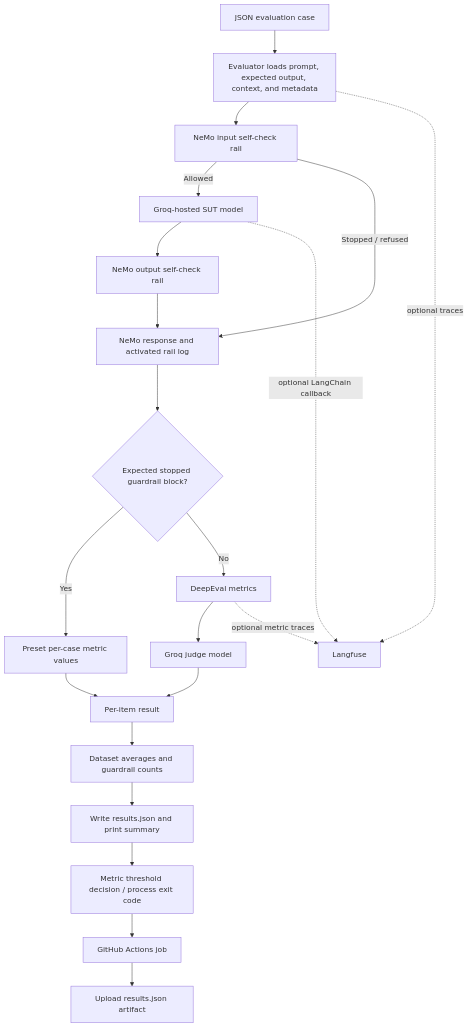
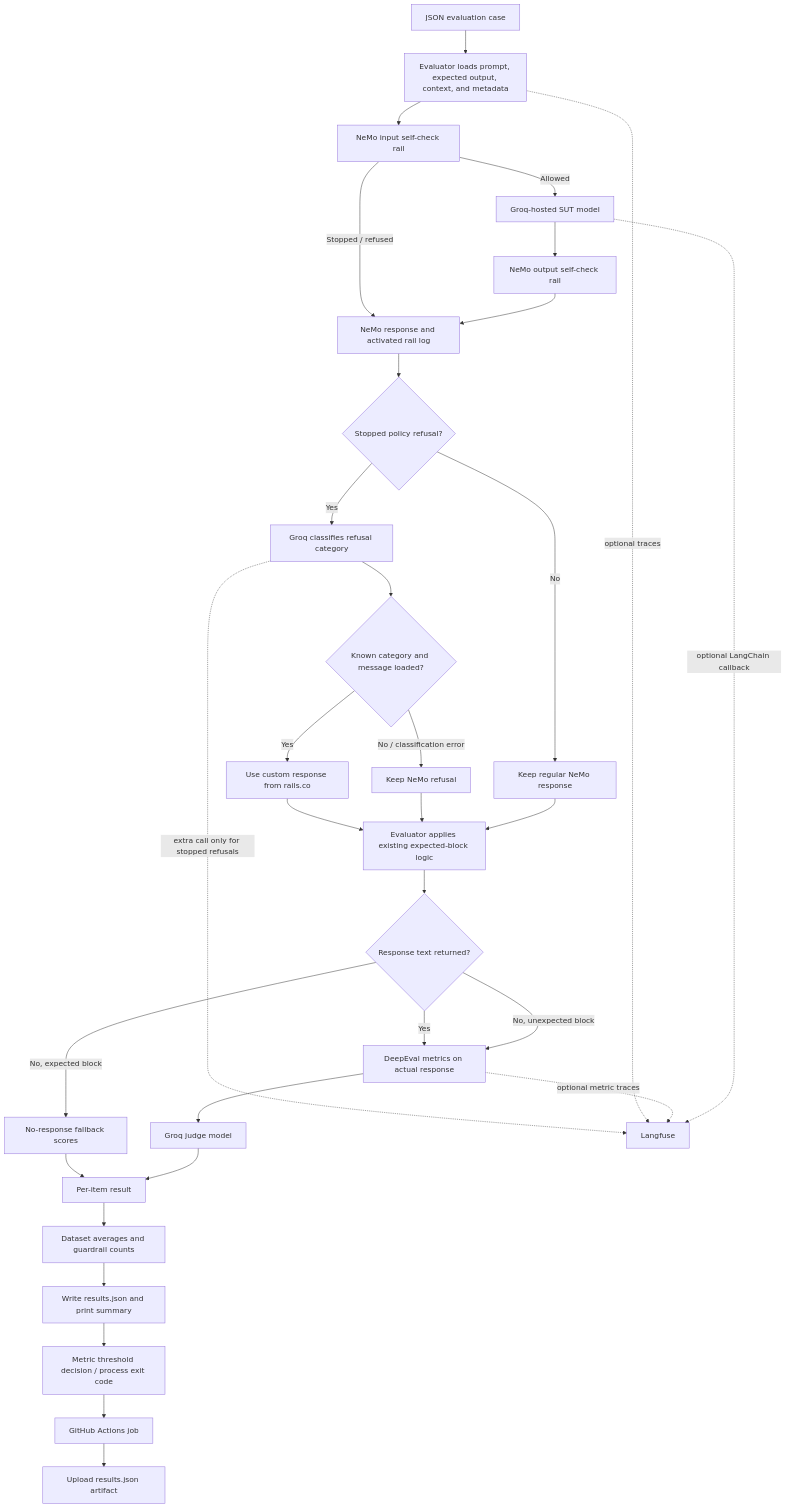
The diagram in README.md (rahulmgmr/LLM-evaluation-Vialto), drawn with Mermaid before and after one commit. The commit also changed other lines of this file and 7 other files, not shown here.

````diff
--- a/README.md
+++ b/README.md
@@ -66,23 +67,34 @@
 ```mermaid
 flowchart TD
     A[JSON evaluation case] --> B[Evaluator loads prompt, expected output, context, and metadata]
     B --> C[NeMo input self-check rail]
     C -->|Allowed| D[Groq-hosted SUT model]
     C -->|Stopped / refused| H[NeMo response and activated rail log]
     D --> E[NeMo output self-check rail]
     E --> H
-    H --> I{Expected stopped guardrail block?}
-    I -->|Yes| J[Preset per-case metric values]
-    I -->|No| K[DeepEval metrics]
+    H --> I{Stopped policy refusal?}
+    I -->|Yes| T[Groq classifies refusal category]
+    T --> U{Known category and message loaded?}
+    U -->|Yes| V[Use custom response from rails.co]
+    U -->|No / classification error| W[Keep NeMo refusal]
+    I -->|No| X[Keep regular NeMo response]
+    V --> Y[Evaluator applies existing expected-block logic]
+    W --> Y
+    X --> Y
+    Y --> Z{Response text returned?}
+    Z -->|Yes| K[DeepEval metrics on actual response]
+    Z -->|No, expected block| J[No-response fallback scores]
+    Z -->|No, unexpected block| K
     K --> L[Groq judge model]
     J --> M[Per-item result]
     L --> M
     M --> N[Dataset averages and guardrail counts]
     N --> O[Write results.json and print summary]
     O --> P[Metric threshold decision / process exit code]
     P --> Q[GitHub Actions job]
     Q --> R[Upload results.json artifact]
+    T -. extra call only for stopped refusals .-> S
     B -. optional traces .-> S[Langfuse]
     K -. optional metric traces .-> S
     D -. optional LangChain callback .-> S
 ```
````
